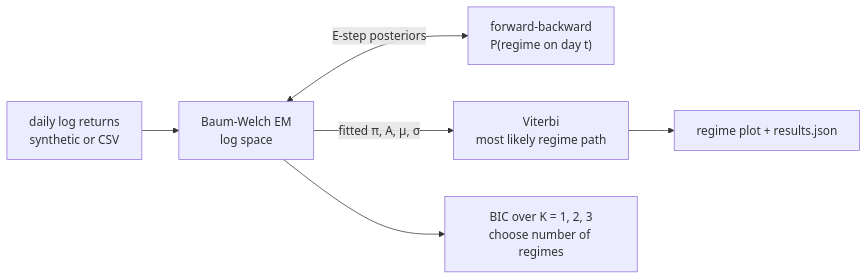
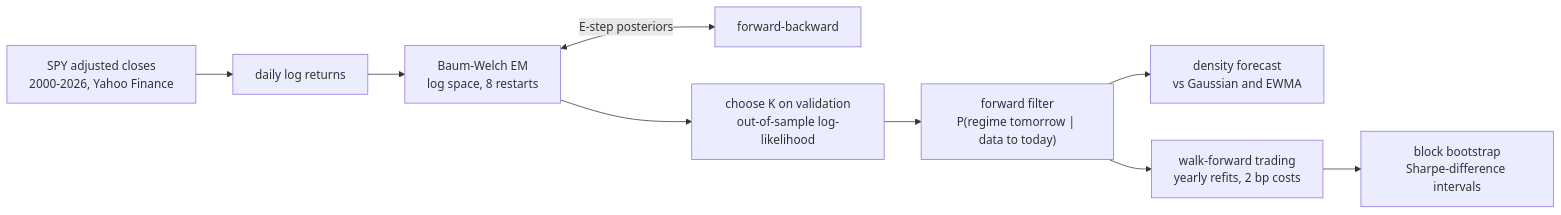
Before and after one commit to John-Ferd/gaussian-hmm-regime-detection: the diagram in README.md, drawn with Mermaid. The commit also changed other lines of this file and 17 other files, not shown here.

First line of the commit message:
Run on real SPY data 2000-2026 with out-of-sample evaluation; drop the synthetic experiment

````diff
--- a/README.md
+++ b/README.md
@@ -42,8 +76,11 @@
 ```mermaid
 flowchart LR
-  R["daily log returns<br/>synthetic or CSV"] --> EM["Baum-Welch EM<br/>log space"]
-  EM <-->|"E-step posteriors"| FB["forward-backward<br/>P(regime on day t)"]
-  EM -->|"fitted π, A, μ, σ"| V["Viterbi<br/>most likely regime path"]
-  EM --> BIC["BIC over K = 1, 2, 3<br/>choose number of regimes"]
-  V --> P["regime plot + results.json"]
+  D["SPY adjusted closes<br/>2000-2026, Yahoo Finance"] --> R["daily log returns"]
+  R --> EM["Baum-Welch EM<br/>log space, 8 restarts"]
+  EM <-->|"E-step posteriors"| FB["forward-backward"]
+  EM --> SEL["choose K on validation<br/>out-of-sample log-likelihood"]
+  SEL --> F["forward filter<br/>P(regime tomorrow | data to today)"]
+  F --> DEN["density forecast<br/>vs Gaussian and EWMA"]
+  F --> WF["walk-forward trading<br/>yearly refits, 2 bp costs"]
+  WF --> BS["block bootstrap<br/>Sharpe-difference intervals"]
 ```
````
